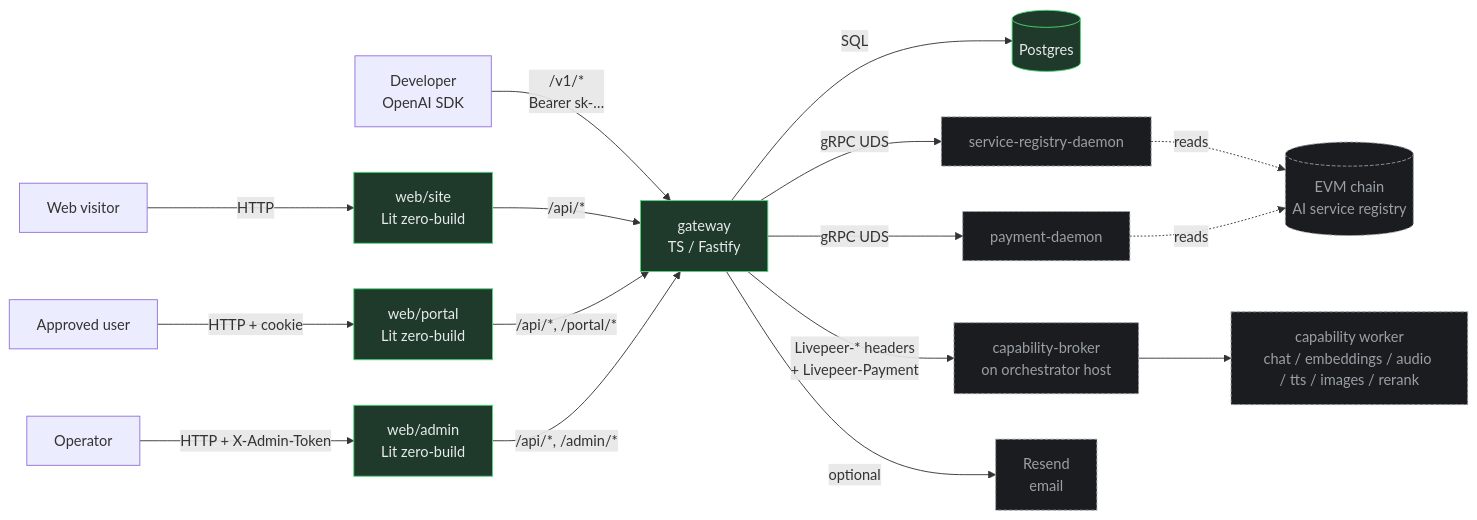
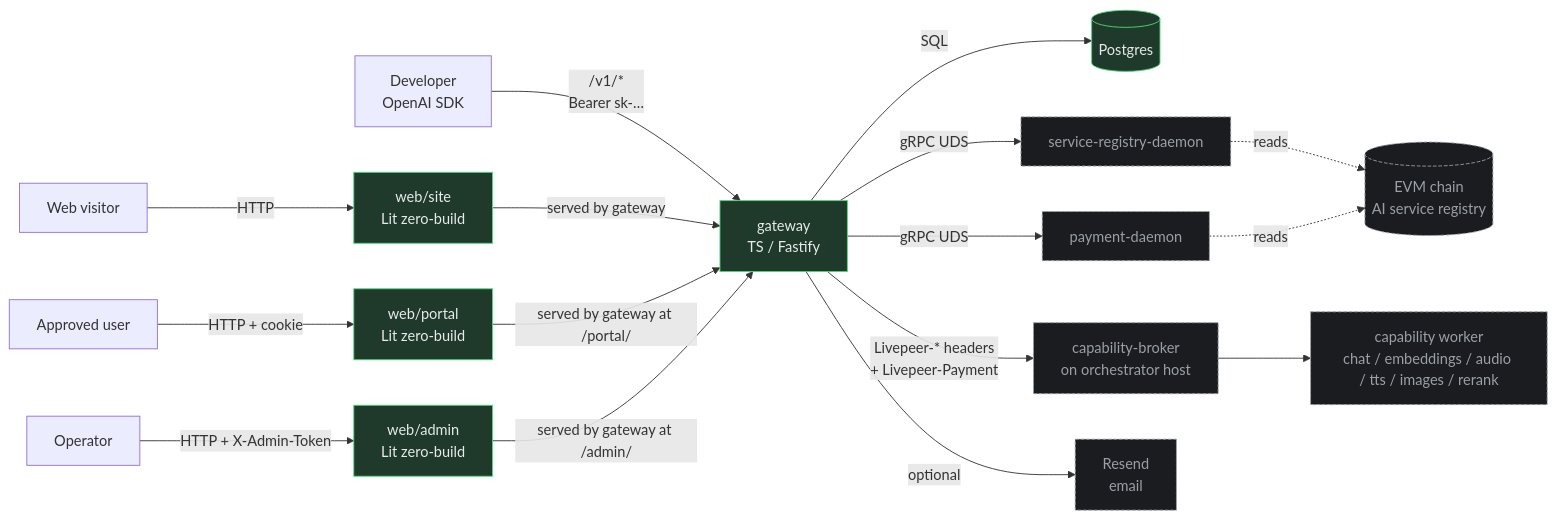
The first of 7 diagrams in ARCHITECTURE.md (Cloud-SPE/livepeer-modules-openai-gateway), drawn with Mermaid before and after one commit. The commit also changed other lines of this file and 31 other files, not shown here.

````diff
--- a/ARCHITECTURE.md
+++ b/ARCHITECTURE.md
@@ -17,26 +17,26 @@
 ```mermaid
 flowchart LR
   user[Developer<br/>OpenAI SDK] -->|/v1/*<br/>Bearer sk-…| GW
   visitor[Web visitor] -->|HTTP| SITE
   portalUser[Approved user] -->|HTTP + cookie| PORTAL
   admin[Operator] -->|HTTP + X-Admin-Token| ADMIN
 
-  SITE[web/site<br/>Lit zero-build] -->|/api/*| GW
-  PORTAL[web/portal<br/>Lit zero-build] -->|/api/*, /portal/*| GW
-  ADMIN[web/admin<br/>Lit zero-build] -->|/api/*, /admin/*| GW
+  SITE[web/site<br/>Lit zero-build] -->|served by gateway| GW
+  PORTAL[web/portal<br/>Lit zero-build] -->|served by gateway at /portal/| GW
+  ADMIN[web/admin<br/>Lit zero-build] -->|served by gateway at /admin/| GW
 
   GW[gateway<br/>TS / Fastify] -->|SQL| DB[(Postgres)]
   GW -->|gRPC UDS| REG[service-registry-daemon]
   GW -->|gRPC UDS| PAYER[payment-daemon]
   GW -->|Livepeer-* headers<br/>+ Livepeer-Payment| BROKER[capability-broker<br/>on orchestrator host]
   BROKER --> WORKER[capability worker<br/>chat / embeddings / audio / tts / images / rerank]
   GW -->|optional| RESEND[Resend<br/>email]
 
   REG -.->|reads| CHAIN[(EVM chain<br/>AI service registry)]
   PAYER -.->|reads| CHAIN
 
   classDef ours fill:#1f3a2a,stroke:#4cd97b,color:#e8eaed;
   classDef ext fill:#1a1c20,stroke:#9aa0a6,color:#9aa0a6,stroke-dasharray: 4 2;
   class GW,SITE,PORTAL,ADMIN,DB ours;
   class REG,PAYER,BROKER,WORKER,RESEND,CHAIN ext;
 ```
````
